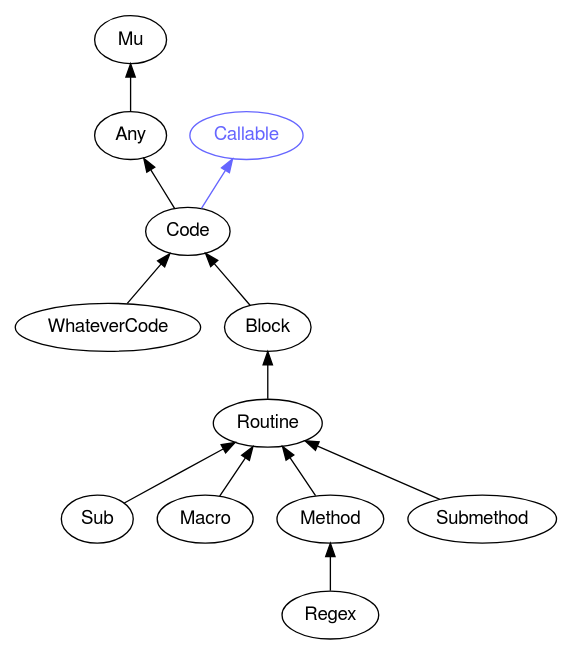
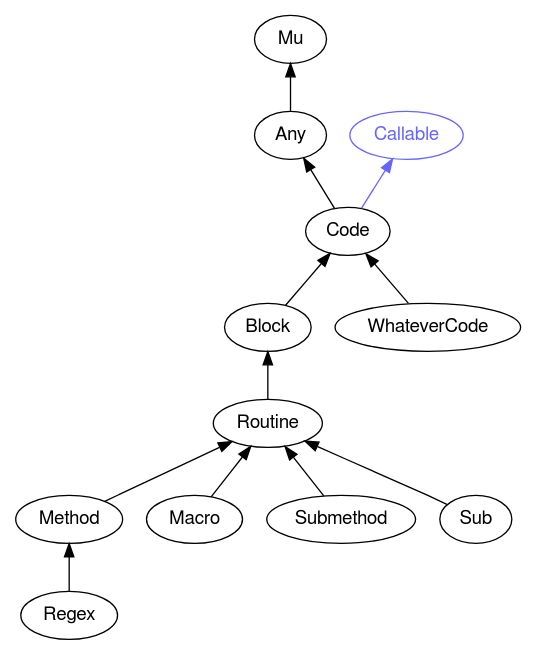
Before and after one commit to perl6docs/perl6docs.github.io: the diagram in images/type-graph-Code.svg.dot, drawn with Graphviz. The commit also changed other lines of this file and 1889 other files, not shown here.

```diff
--- a/images/type-graph-Code.svg.dot
+++ b/images/type-graph-Code.svg.dot
@@ -1,33 +1,33 @@
 digraph "perl6-type-graph" {
     rankdir=BT;
     splines=polyline;
     overlap=false; 
     // Types
     "Code" [color="#000000", fontcolor="#000000", href="/type/Code", fontname="FreeSans"];
     "Mu" [color="#000000", fontcolor="#000000", href="/type/Mu", fontname="FreeSans"];
     "Any" [color="#000000", fontcolor="#000000", href="/type/Any", fontname="FreeSans"];
     "Callable" [color="#6666FF", fontcolor="#6666FF", href="/type/Callable", fontname="FreeSans"];
+    "Block" [color="#000000", fontcolor="#000000", href="/type/Block", fontname="FreeSans"];
     "WhateverCode" [color="#000000", fontcolor="#000000", href="/type/WhateverCode", fontname="FreeSans"];
-    "Block" [color="#000000", fontcolor="#000000", href="/type/Block", fontname="FreeSans"];
     "Routine" [color="#000000", fontcolor="#000000", href="/type/Routine", fontname="FreeSans"];
+    "Method" [color="#000000", fontcolor="#000000", href="/type/Method", fontname="FreeSans"];
+    "Macro" [color="#000000", fontcolor="#000000", href="/type/Macro", fontname="FreeSans"];
+    "Submethod" [color="#000000", fontcolor="#000000", href="/type/Submethod", fontname="FreeSans"];
     "Sub" [color="#000000", fontcolor="#000000", href="/type/Sub", fontname="FreeSans"];
-    "Macro" [color="#000000", fontcolor="#000000", href="/type/Macro", fontname="FreeSans"];
-    "Method" [color="#000000", fontcolor="#000000", href="/type/Method", fontname="FreeSans"];
-    "Submethod" [color="#000000", fontcolor="#000000", href="/type/Submethod", fontname="FreeSans"];
     "Regex" [color="#000000", fontcolor="#000000", href="/type/Regex", fontname="FreeSans"];
 
     // Superclasses
     "Code" -> "Any" [color="#000000"];
     "Any" -> "Mu" [color="#000000"];
+    "Block" -> "Code" [color="#000000"];
     "WhateverCode" -> "Code" [color="#000000"];
-    "Block" -> "Code" [color="#000000"];
     "Routine" -> "Block" [color="#000000"];
+    "Method" -> "Routine" [color="#000000"];
+    "Macro" -> "Routine" [color="#000000"];
+    "Submethod" -> "Routine" [color="#000000"];
     "Sub" -> "Routine" [color="#000000"];
-    "Macro" -> "Routine" [color="#000000"];
-    "Method" -> "Routine" [color="#000000"];
-    "Submethod" -> "Routine" [color="#000000"];
     "Regex" -> "Method" [color="#000000"];
 
     // Roles
     "Code" -> "Callable" [color="#6666FF"];
 }
```
